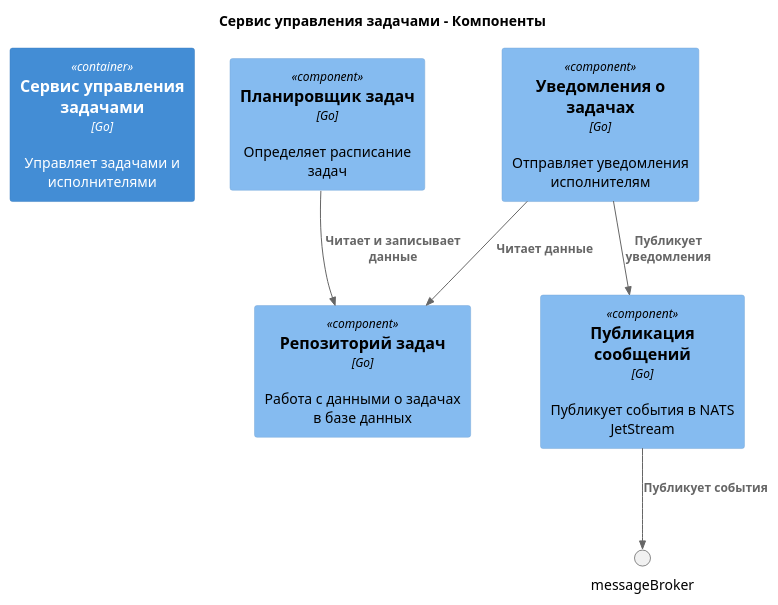
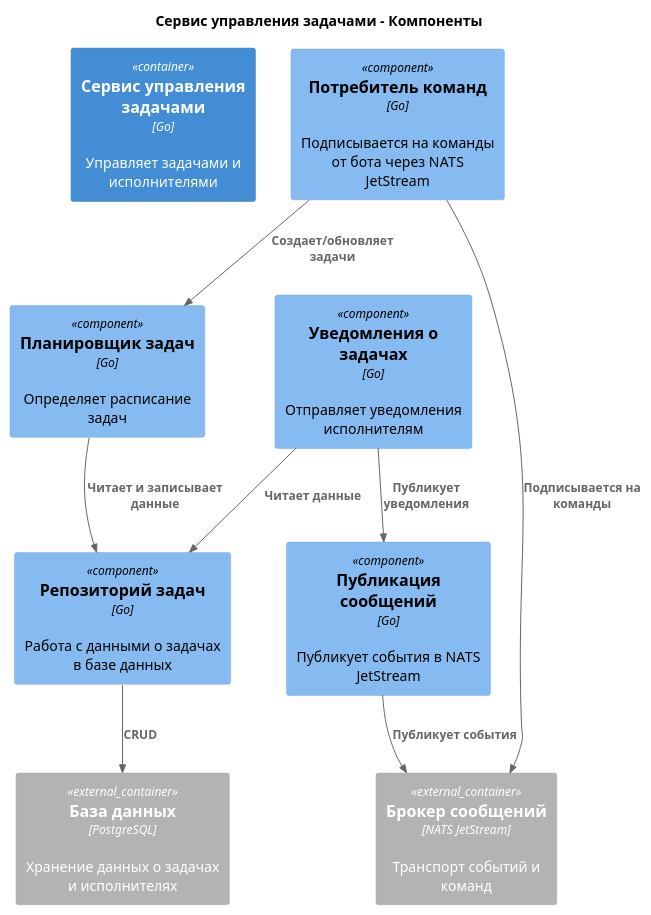
One commit to artmexbet/TechnoPlanner changed the diagram in diagrams/component-tasks-c4.puml. Above: the diagram before and after it, drawn with PlantUML. The commit also changed 4 other files, not shown here.

```diff
--- a/diagrams/component-tasks-c4.puml
+++ b/diagrams/component-tasks-c4.puml
@@ -1,20 +1,28 @@
 @startuml
 !include https://raw.githubusercontent.com/plantuml-stdlib/C4-PlantUML/master/C4_Component.puml
 
 ' Диаграмма компонентов для сервиса управления задачами
 LAYOUT_TOP_DOWN()
 title Сервис управления задачами - Компоненты
 
 Container(serviceTaskManagement, "Сервис управления задачами", "Go", "Управляет задачами и исполнителями")
+Container_Ext(messageBroker, "Брокер сообщений", "NATS JetStream", "Транспорт событий и команд")
+Container_Ext(database, "База данных", "PostgreSQL", "Хранение данных о задачах и исполнителях")
 
 Component(taskScheduler, "Планировщик задач", "Go", "Определяет расписание задач")
 Component(taskNotifier, "Уведомления о задачах", "Go", "Отправляет уведомления исполнителям")
 Component(taskRepository, "Репозиторий задач", "Go", "Работа с данными о задачах в базе данных")
 Component(messagePublisher, "Публикация сообщений", "Go", "Публикует события в NATS JetStream")
+' Новый компонент для приема команд от бота
+Component(commandConsumer, "Потребитель команд", "Go", "Подписывается на команды от бота через NATS JetStream")
 
 Rel(taskScheduler, taskRepository, "Читает и записывает данные")
 Rel(taskNotifier, taskRepository, "Читает данные")
+Rel(taskRepository, database, "CRUD")
 Rel(taskNotifier, messagePublisher, "Публикует уведомления")
 Rel(messagePublisher, messageBroker, "Публикует события")
+' Команды от бота -> сервис задач
+Rel(commandConsumer, messageBroker, "Подписывается на команды")
+Rel(commandConsumer, taskScheduler, "Создает/обновляет задачи")
 
 @enduml
```
